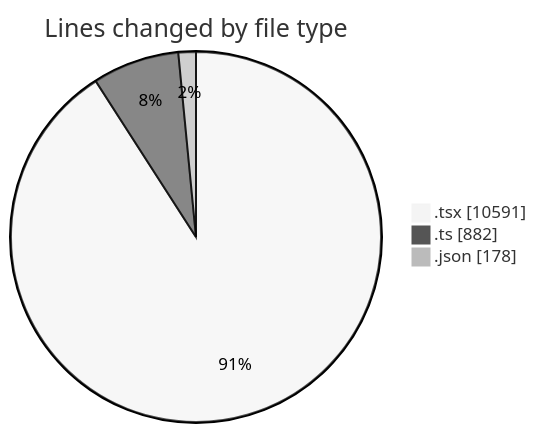
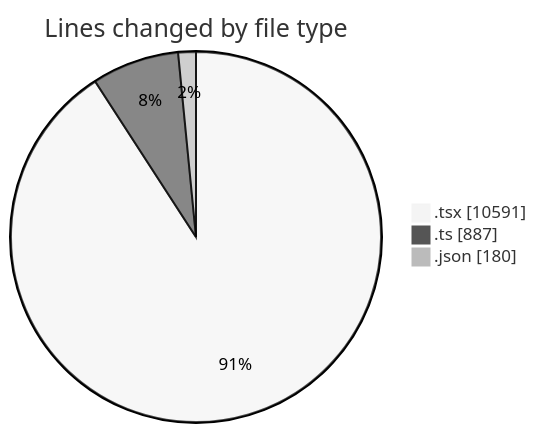
The first of 2 diagrams in 2025-02-18/mbc-web/README.md (robertbonfada/code-tracking), drawn with Mermaid (neutral theme) before and after one commit. The commit also changed other lines of this file and 1 other file, not shown here.

````diff
--- a/2025-02-18/mbc-web/README.md
+++ b/2025-02-18/mbc-web/README.md
@@ -138,7 +138,7 @@
 ```mermaid
 pie showData
 title Lines changed by file type
 ".tsx" : 10591
-".ts" : 882
-".json" : 178
+".ts" : 887
+".json" : 180
 ```
````
